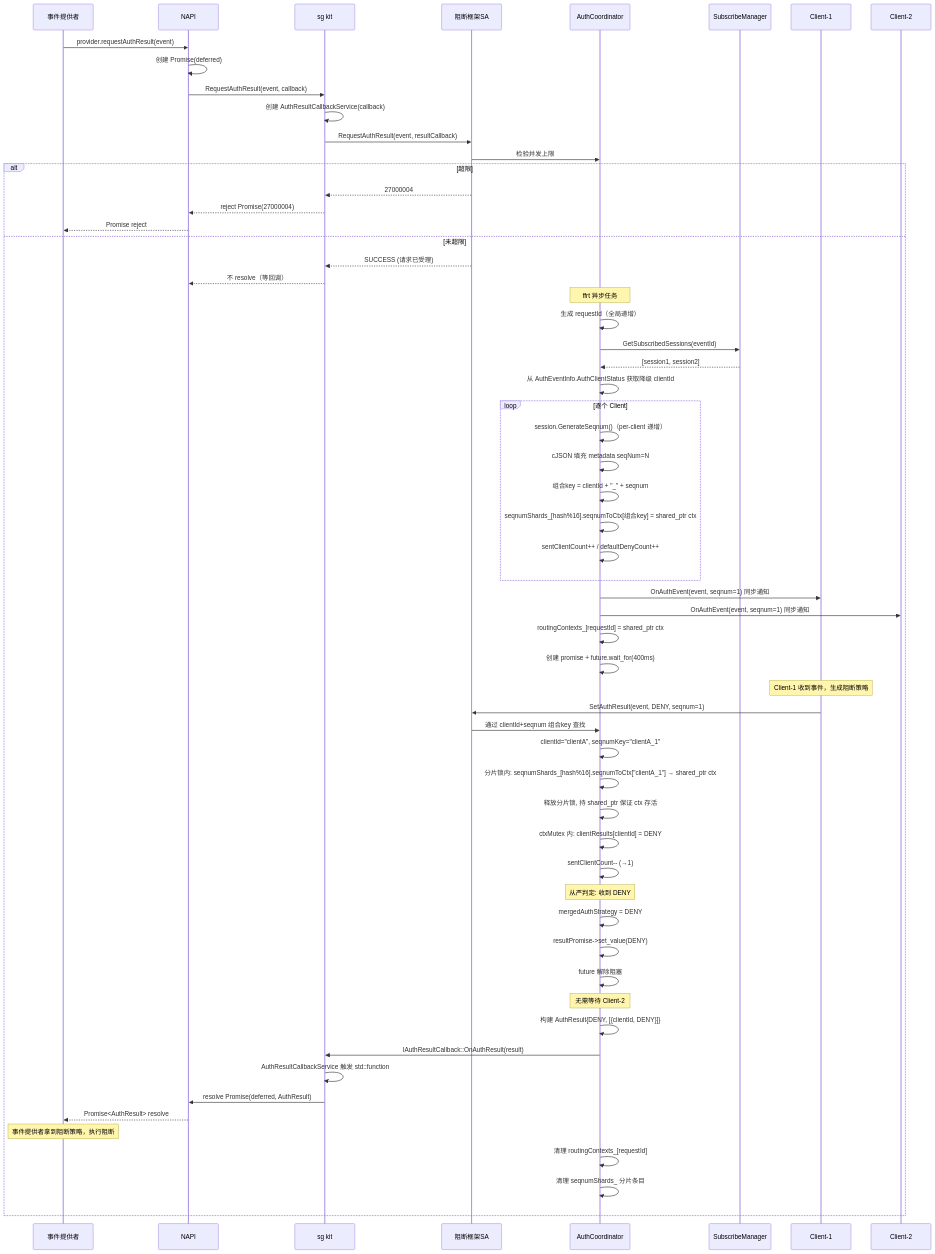
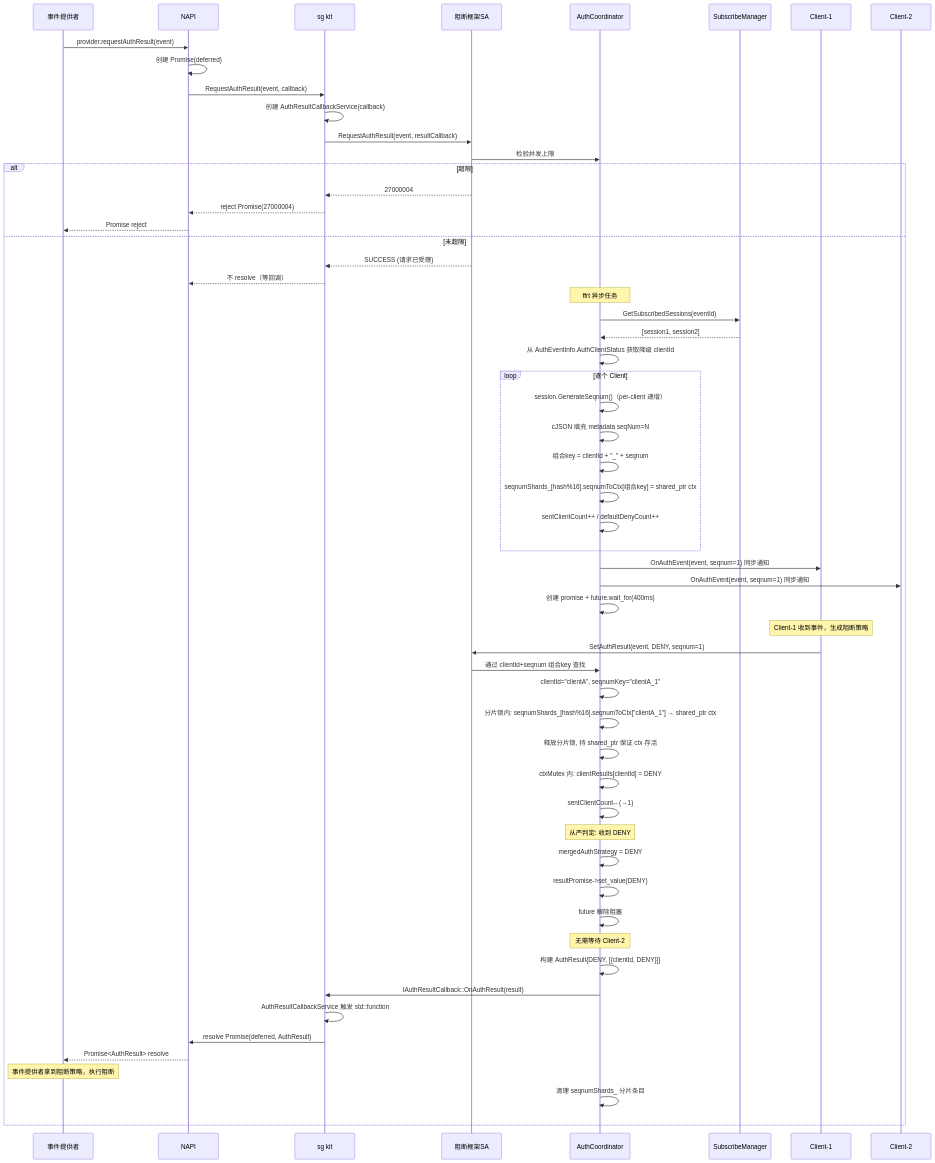
Before and after one commit to eclipse-oniro-mirrors/security_security_guard: the fourth of 10 diagrams in .sdd/SR-20260806903302/design-doc.md, drawn with Mermaid. The commit also changed other lines of this file and 4 other files, not shown here.

First line of the commit message:
refactor: 删除死存储 requestId/routingContexts_

````diff
--- a/.sdd/SR-20260806903302/design-doc.md
+++ b/.sdd/SR-20260806903302/design-doc.md
@@ -206,76 +198,73 @@
 ```mermaid
 sequenceDiagram
     participant EP as 事件提供者
     participant NAPI as NAPI
     participant SDK as sg kit
     participant SA as 阻断框架SA
     participant AC as AuthCoordinator
     participant SM as SubscribeManager
     participant C1 as Client-1
     participant C2 as Client-2
 
     EP->>NAPI: provider.requestAuthResult(event)
     NAPI->>NAPI: 创建 Promise(deferred)
     NAPI->>SDK: RequestAuthResult(event, callback)
     SDK->>SDK: 创建 AuthResultCallbackService(callback)
     SDK->>SA: RequestAuthResult(event, resultCallback)
     SA->>AC: 检验并发上限
     alt 超限
         SA-->>SDK: 27000004
         SDK-->>NAPI: reject Promise(27000004)
         NAPI-->>EP: Promise reject
     else 未超限
         SA-->>SDK: SUCCESS (请求已受理)
         SDK-->>NAPI: 不 resolve（等回调）
 
         Note over AC: ffrt 异步任务
 
-        AC->>AC: 生成 requestId（全局递增）
         AC->>SM: GetSubscribedSessions(eventId)
         SM-->>AC: [session1, session2]
 
         AC->>AC: 从 AuthEventInfo.AuthClientStatus 获取降级 clientId
 
         loop 逐个 Client
             AC->>AC: session.GenerateSeqnum()（per-client 递增）
             AC->>AC: cJSON 填充 metadata seqNum=N
             AC->>AC: 组合key = clientId + "_" + seqnum
             AC->>AC: seqnumShards_[hash%16].seqnumToCtx[组合key] = shared_ptr ctx
             AC->>AC: sentClientCount++ / defaultDenyCount++
         end
 
         AC->>C1: OnAuthEvent(event, seqnum=1) 同步通知
         AC->>C2: OnAuthEvent(event, seqnum=1) 同步通知
 
-        AC->>AC: routingContexts_[requestId] = shared_ptr ctx
         AC->>AC: 创建 promise + future.wait_for(400ms)
 
         Note over C1: Client-1 收到事件，生成阻断策略
 
         C1->>SA: SetAuthResult(event, DENY, seqnum=1)
         SA->>AC: 通过 clientId+seqnum 组合key 查找
         AC->>AC: clientId="clientA", seqnumKey="clientA_1"
         AC->>AC: 分片锁内: seqnumShards_[hash%16].seqnumToCtx["clientA_1"] → shared_ptr ctx
         AC->>AC: 释放分片锁, 持 shared_ptr 保证 ctx 存活
         AC->>AC: ctxMutex 内: clientResults[clientId] = DENY
         AC->>AC: sentClientCount-- (→1)
 
         Note over AC: 从严判定: 收到 DENY
         AC->>AC: mergedAuthStrategy = DENY
         AC->>AC: resultPromise->set_value(DENY)
         AC->>AC: future 解除阻塞
 
         Note over AC: 无需等待 Client-2
 
         AC->>AC: 构建 AuthResult{DENY, [{clientId, DENY}]}
         AC->>SDK: IAuthResultCallback::OnAuthResult(result)
         SDK->>SDK: AuthResultCallbackService 触发 std::function
         SDK->>NAPI: resolve Promise(deferred, AuthResult)
         NAPI-->>EP: Promise<AuthResult> resolve
 
         Note over EP: 事件提供者拿到阻断策略，执行阻断
 
-        AC->>AC: 清理 routingContexts_[requestId]
         AC->>AC: 清理 seqnumShards_ 分片条目
     end
 ```
````
